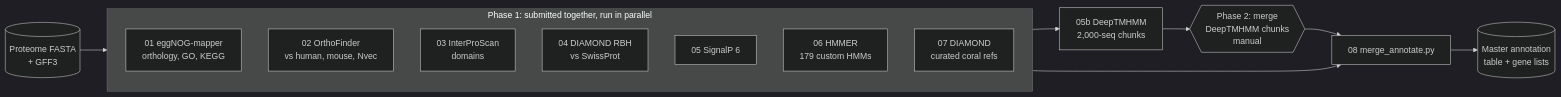
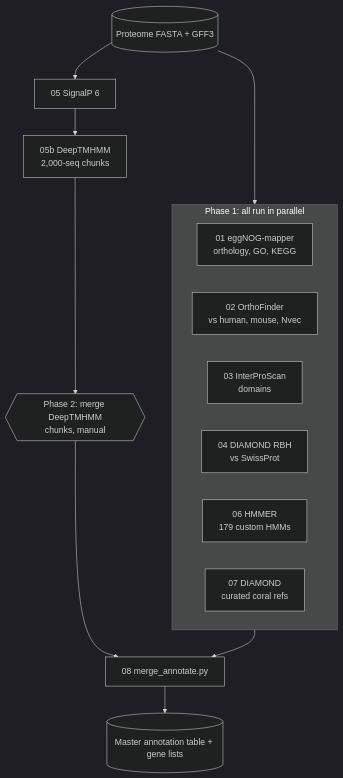
One commit to kevinhwong1/KevinHWong_Notebook changed the diagram in pipelines/functional-annotation.qmd. Above: the diagram before and after it, drawn with Mermaid (dark theme). The commit also changed 22 other files, not shown here.

Commit message:
Fix mermaid subgraph colors; Galaxea cluster-calling example; mito-gene check

````diff
--- a/pipelines/functional-annotation.qmd
+++ b/pipelines/functional-annotation.qmd
@@ -33,19 +33,18 @@
 ```{mermaid}
-flowchart LR
-  P[(Proteome FASTA<br/>+ GFF3)] --> A
-  subgraph A [Phase 1: submitted together, run in parallel]
-    direction TB
+flowchart TB
+  P[(Proteome FASTA + GFF3)] --> A
+  P --> J5
+  subgraph A [Phase 1: all run in parallel]
     J1[01 eggNOG-mapper<br/>orthology, GO, KEGG]
     J2[02 OrthoFinder<br/>vs human, mouse, Nvec]
     J3[03 InterProScan<br/>domains]
     J4[04 DIAMOND RBH<br/>vs SwissProt]
-    J5[05 SignalP 6]
     J6[06 HMMER<br/>179 custom HMMs]
     J7[07 DIAMOND<br/>curated coral refs]
   end
-  J5 --> T[05b DeepTMHMM<br/>2,000-seq chunks]
-  T --> M{{Phase 2: merge<br/>DeepTMHMM chunks<br/>manual}}
+  J5[05 SignalP 6] --> T[05b DeepTMHMM<br/>2,000-seq chunks]
+  T --> M{{Phase 2: merge DeepTMHMM<br/>chunks, manual}}
   A --> F[08 merge_annotate.py]
   M --> F
-  F --> O[(Master annotation<br/>table + gene lists)]
+  F --> O[(Master annotation table + gene lists)]
 ```
````
